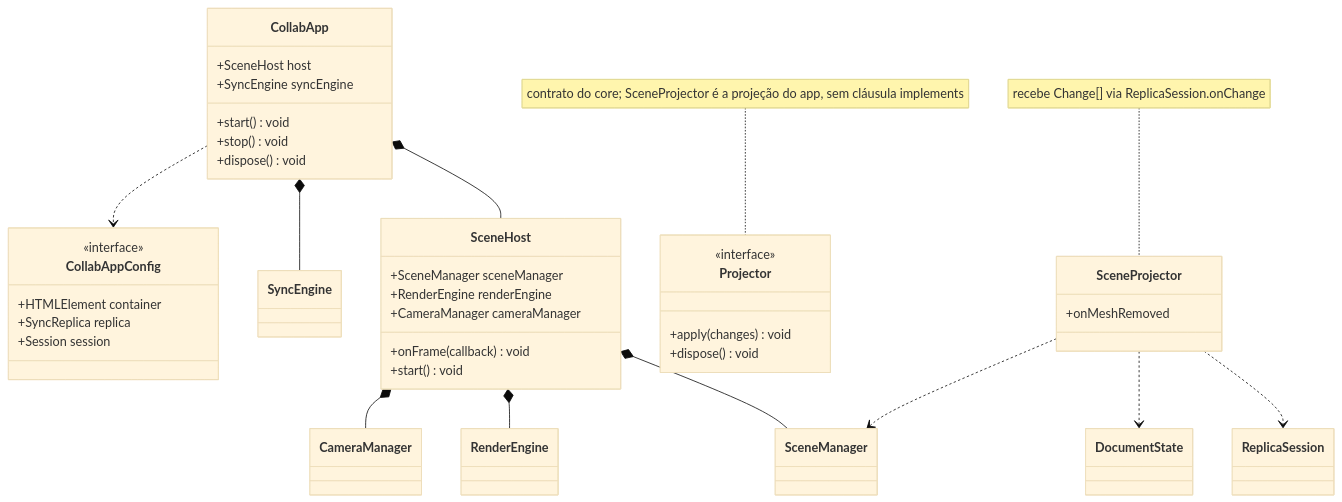
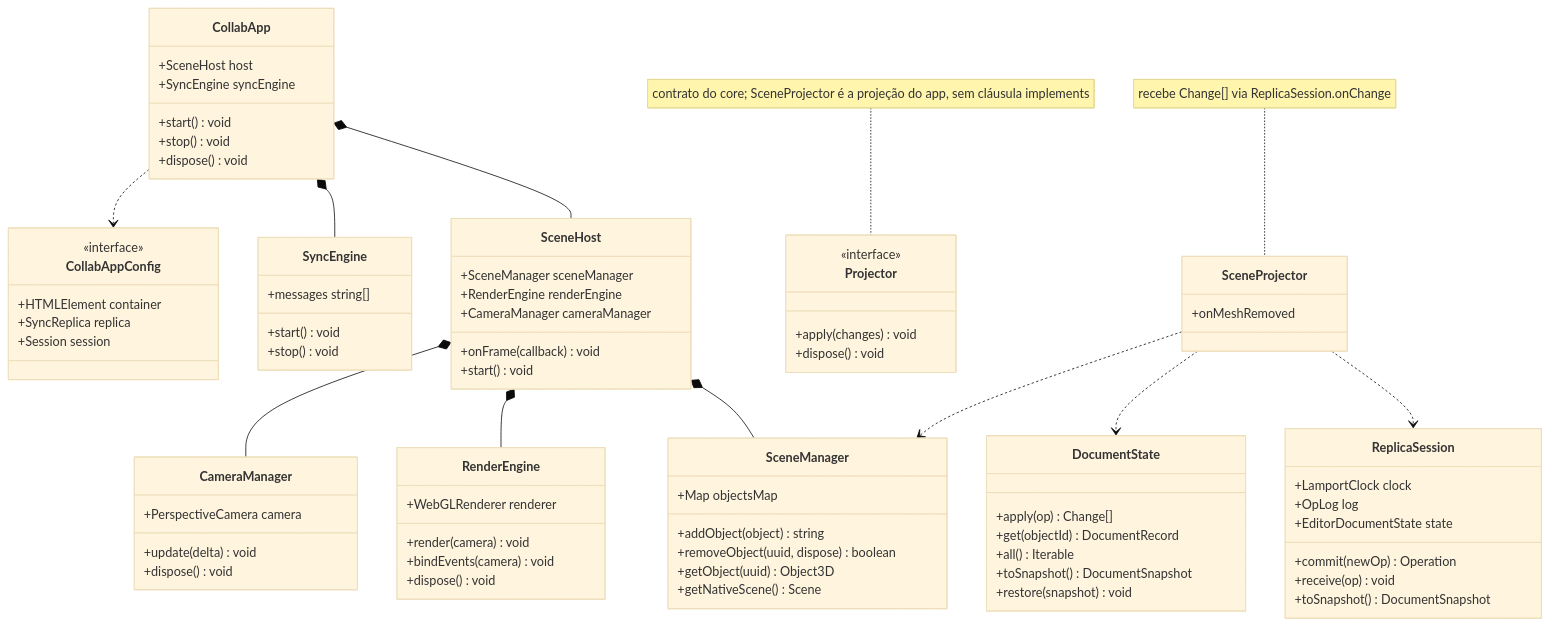
Diagram 11 of 12 in docs/diagrams/README.md (ssugary/BlenderPDS), drawn with Mermaid (base theme) before and after one commit. The commit also changed other lines of this file and 22 other files, not shown here.

First line of the commit message:
docs(diagrams): corrige classes vazias nos diagramas de classes

```diff
--- a/docs/diagrams/README.md
+++ b/docs/diagrams/README.md
@@ -865,10 +934,29 @@
         +onFrame(callback) void
         +start() void
     }
-    class SceneManager
-    class RenderEngine
-    class CameraManager
-    class SyncEngine
+    class SceneManager {
+    +Map objectsMap
+    +addObject(object) string
+    +removeObject(uuid, dispose) boolean
+    +getObject(uuid) Object3D
+    +getNativeScene() Scene
+    }
+    class RenderEngine {
+    +WebGLRenderer renderer
+    +render(camera) void
+    +bindEvents(camera) void
+    +dispose() void
+    }
+    class CameraManager {
+    +PerspectiveCamera camera
+    +update(delta) void
+    +dispose() void
+    }
+    class SyncEngine {
+    +start() void
+    +stop() void
+    +messages string[]
+    }
     class Projector {
         <<interface>>
         +apply(changes) void
@@ -877,8 +965,21 @@
     class SceneProjector {
         +onMeshRemoved
     }
-    class DocumentState
-    class ReplicaSession
+    class DocumentState {
+    +apply(op) Change[]
+    +get(objectId) DocumentRecord
+    +all() Iterable
+    +toSnapshot() DocumentSnapshot
+    +restore(snapshot) void
+    }
+    class ReplicaSession {
+    +LamportClock clock
+    +OpLog log
+    +EditorDocumentState state
+    +commit(newOp) Operation
+    +receive(op) void
+    +toSnapshot() DocumentSnapshot
+    }
 
     CollabApp *-- SceneHost
     CollabApp *-- SyncEngine
```
